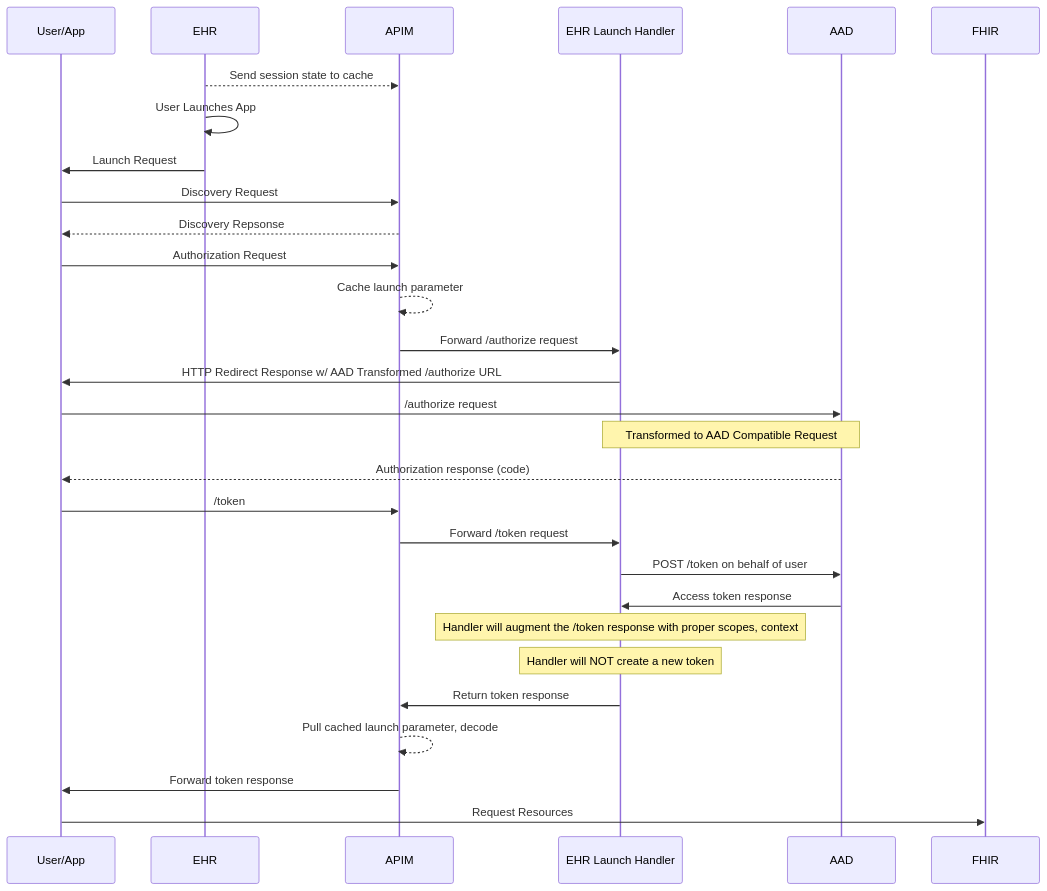
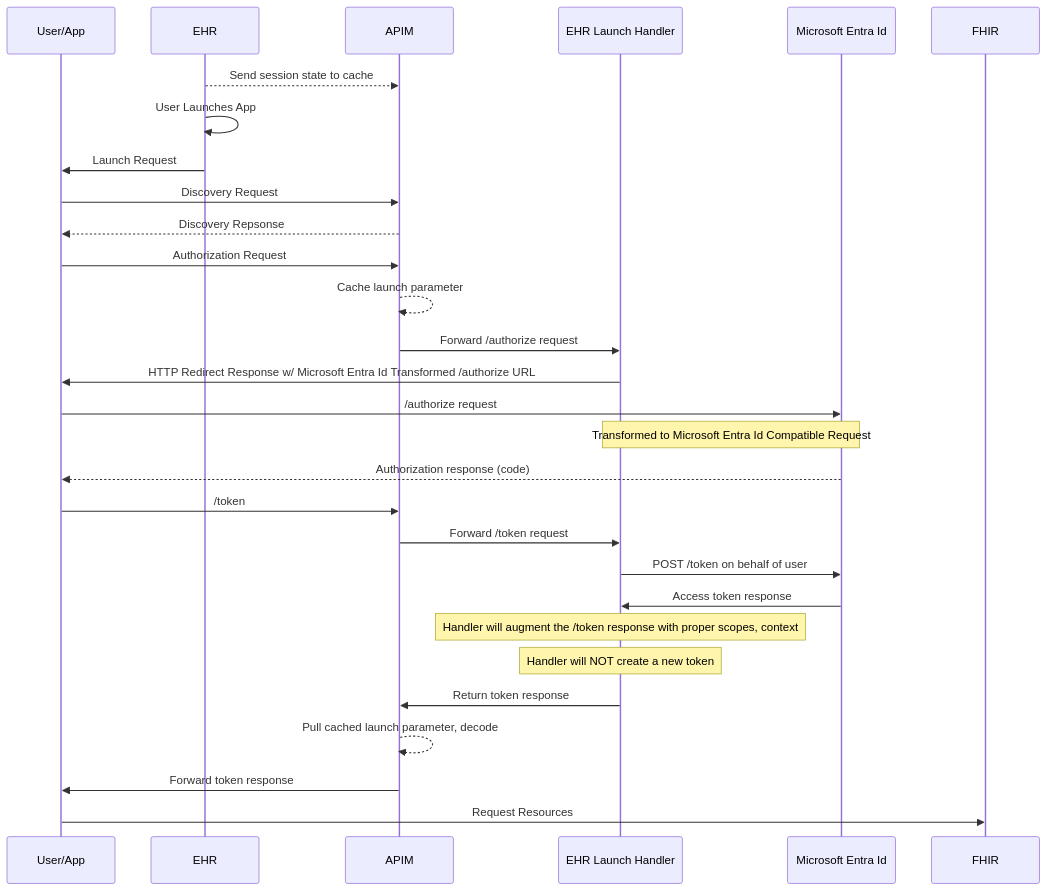
One commit to Azure-Samples/azure-health-data-and-ai-samples changed the second of 3 diagrams in samples/smartonfhir/docs/technical-guide.md. Above: the diagram before and after it, drawn with Mermaid. The commit also changed other lines of this file and 13 other files, not shown here.

Commit message:
Updated AAD to Entra Id

````diff
--- a/samples/smartonfhir/docs/technical-guide.md
+++ b/samples/smartonfhir/docs/technical-guide.md
@@ -57,32 +57,32 @@
 ```mermaid
   sequenceDiagram
     participant User/App
     participant EHR
     participant APIM
     participant EHR Launch Handler
-    participant AAD
+    participant Microsoft Entra Id
 
     EHR -->> APIM: Send session state to cache
     EHR ->> EHR: User Launches App
     EHR ->> User/App: Launch Request
 
     User/App ->> APIM: Discovery Request
     APIM -->> User/App: Discovery Repsonse
     User/App ->> APIM:  Authorization Request
     APIM -->> APIM: Cache launch parameter
     APIM ->> EHR Launch Handler: Forward /authorize request    
-    EHR Launch Handler ->> User/App: HTTP Redirect Response w/ AAD Transformed /authorize URL
-    User/App ->> AAD: /authorize request
-    note over EHR Launch Handler, AAD: Transformed to AAD Compatible Request
-    AAD -->> User/App: Authorization response (code)
+    EHR Launch Handler ->> User/App: HTTP Redirect Response w/ Microsoft Entra Id Transformed /authorize URL
+    User/App ->> Microsoft Entra Id: /authorize request
+    note over EHR Launch Handler, Microsoft Entra Id: Transformed to Microsoft Entra Id Compatible Request
+    Microsoft Entra Id -->> User/App: Authorization response (code)
     User/App ->> APIM: /token
     APIM ->> EHR Launch Handler: Forward /token request
-    EHR Launch Handler ->> AAD: POST /token on behalf of user
-    AAD ->> EHR Launch Handler: Access token response
+    EHR Launch Handler ->> Microsoft Entra Id: POST /token on behalf of user
+    Microsoft Entra Id ->> EHR Launch Handler: Access token response
     note over EHR Launch Handler: Handler will augment the /token response with proper scopes, context
     note over EHR Launch Handler: Handler will NOT create a new token
     EHR Launch Handler ->> APIM: Return token response
     APIM -->> APIM: Pull cached launch parameter, decode
     APIM ->> User/App: Forward token response
     User/App ->> FHIR: Request Resources
 ```
````
